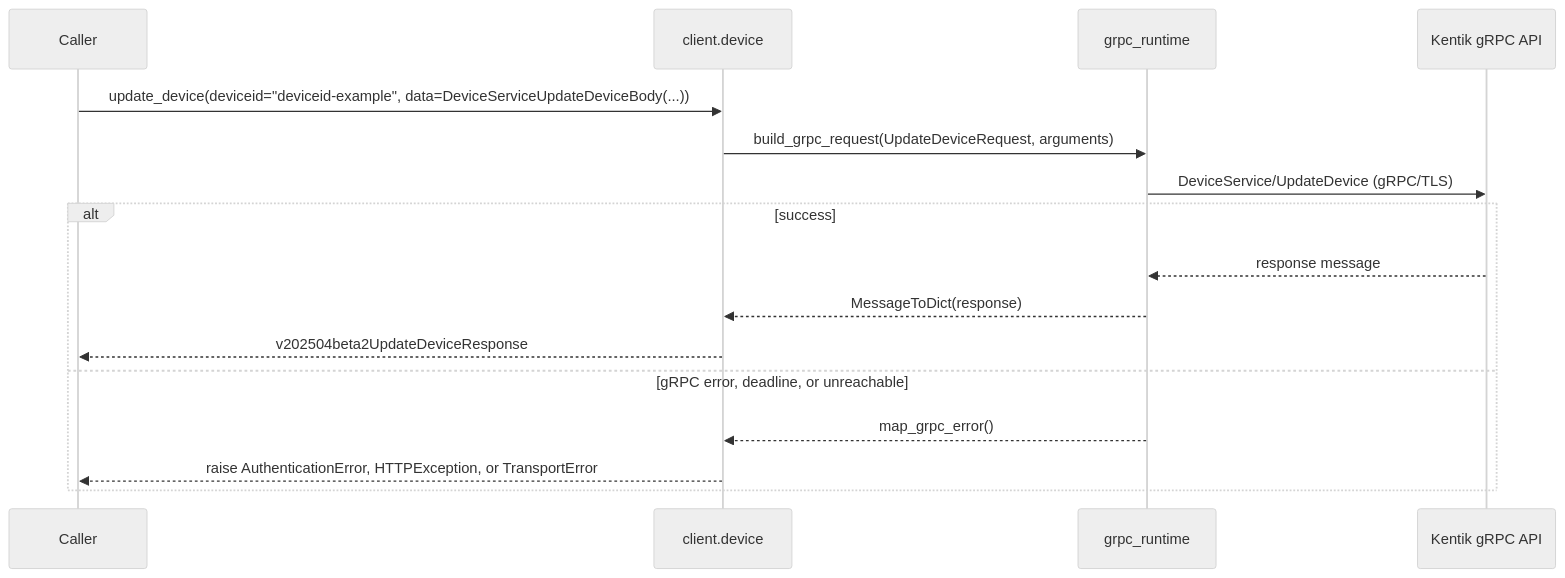
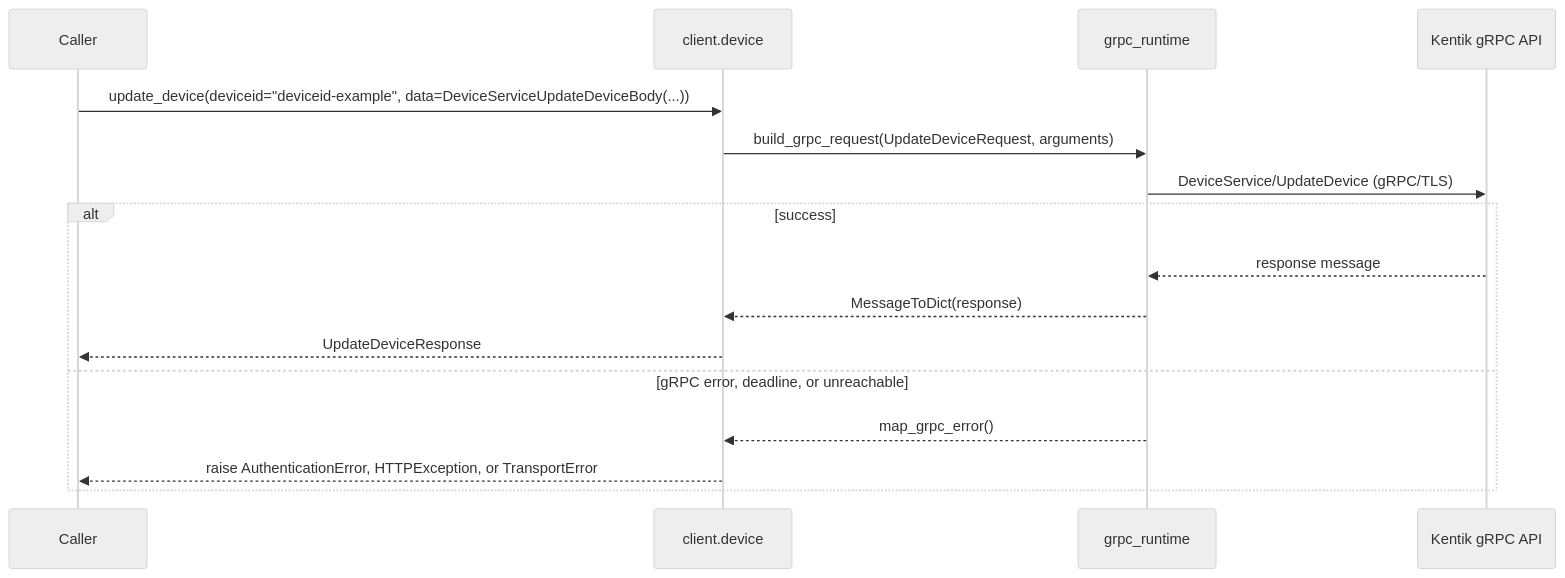
Before and after one commit to alexdearaujo/community_sdk_python: diagram 17 of 22 in docs/sphinx/services/device.md, drawn with Mermaid (neutral theme). The commit also changed other lines of this file and 38 other files, not shown here.

````diff
--- a/docs/sphinx/services/device.md
+++ b/docs/sphinx/services/device.md
@@ -592,19 +592,19 @@
 ```mermaid
 sequenceDiagram
     participant C as Caller
     participant W as client.device
     participant R as grpc_runtime
     participant API as Kentik gRPC API
 
     C->>W: update_device(deviceid="deviceid-example", data=DeviceServiceUpdateDeviceBody(...))
     W->>R: build_grpc_request(UpdateDeviceRequest, arguments)
     R->>API: DeviceService/UpdateDevice (gRPC/TLS)
     alt success
         API-->>R: response message
         R-->>W: MessageToDict(response)
-        W-->>C: v202504beta2UpdateDeviceResponse
+        W-->>C: UpdateDeviceResponse
     else gRPC error, deadline, or unreachable
         R-->>W: map_grpc_error()
         W-->>C: raise AuthenticationError, HTTPException, or TransportError
     end
 ```
````
